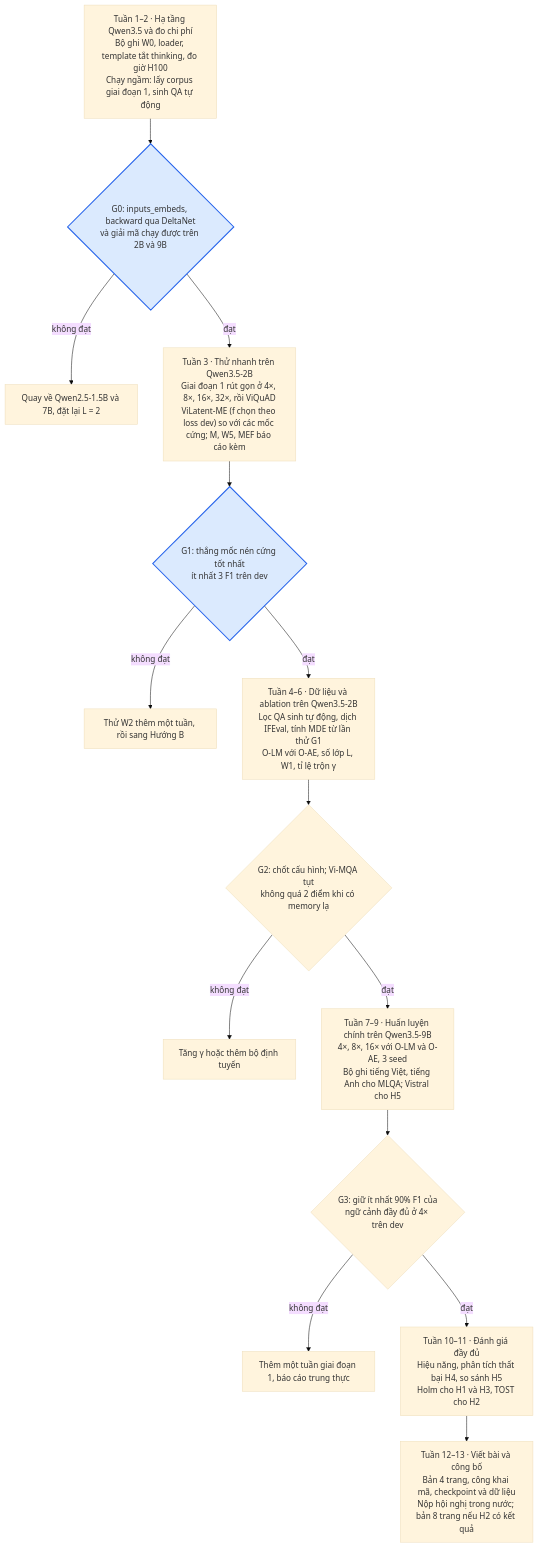
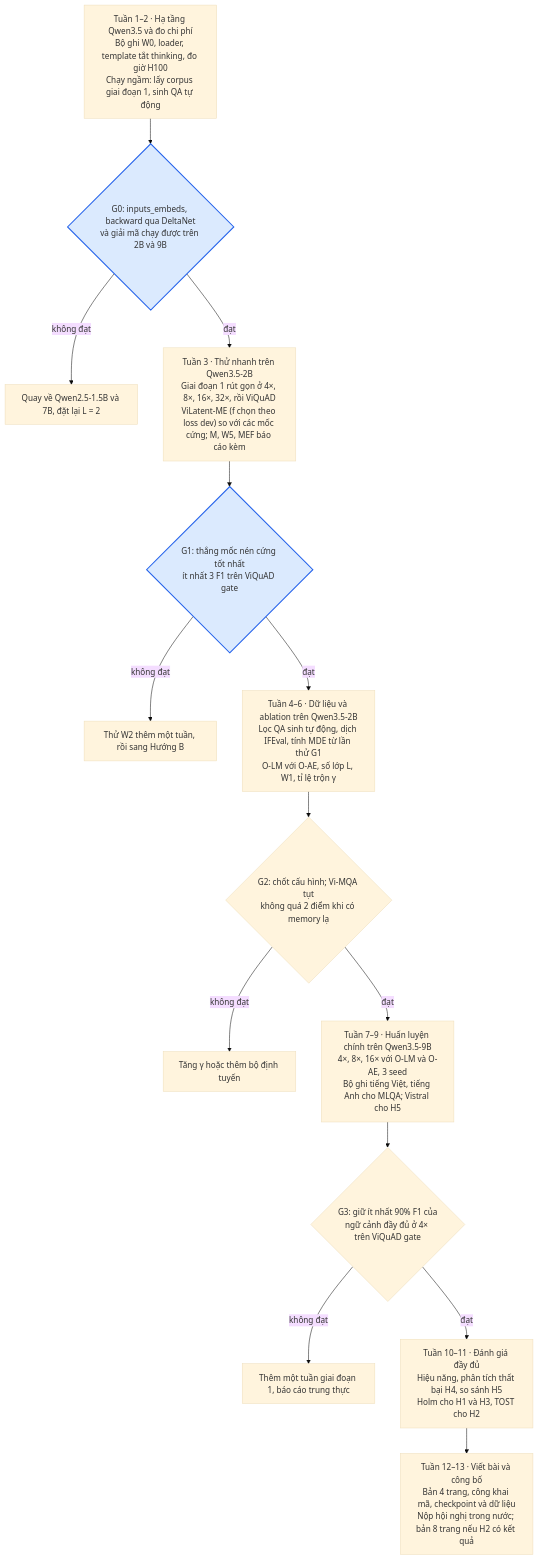
One commit to thanthienhai/VILATENT changed the second of 2 diagrams in docs/VILATENT.md. Above: the diagram before and after it, drawn with Mermaid (base theme). The commit also changed other lines of this file and 41 other files, not shown here.

````diff
--- a/docs/VILATENT.md
+++ b/docs/VILATENT.md
@@ -323,32 +345,32 @@
 ```mermaid
 flowchart TD
   P0["Tuần 1–2 · Hạ tầng Qwen3.5 và đo chi phí<br/>Bộ ghi W0, loader, template tắt thinking, đo giờ H100<br/>Chạy ngầm: lấy corpus giai đoạn 1, sinh QA tự động"]
   G0{"G0: inputs_embeds, backward qua DeltaNet<br/>và giải mã chạy được trên 2B và 9B"}
   F0["Quay về Qwen2.5-1.5B và 7B, đặt lại L = 2"]
   P1["Tuần 3 · Thử nhanh trên Qwen3.5-2B<br/>Giai đoạn 1 rút gọn ở 4×, 8×, 16×, 32×, rồi ViQuAD<br/>ViLatent-ME (f chọn theo loss dev) so với các mốc cứng; M, W5, MEF báo cáo kèm"]
-  G1{"G1: thắng mốc nén cứng tốt nhất<br/>ít nhất 3 F1 trên dev"}
+  G1{"G1: thắng mốc nén cứng tốt nhất<br/>ít nhất 3 F1 trên ViQuAD gate"}
   F1["Thử W2 thêm một tuần, rồi sang Hướng B"]
   P2["Tuần 4–6 · Dữ liệu và ablation trên Qwen3.5-2B<br/>Lọc QA sinh tự động, dịch IFEval, tính MDE từ lần thử G1<br/>O-LM với O-AE, số lớp L, W1, tỉ lệ trộn γ"]
   G2{"G2: chốt cấu hình; Vi-MQA tụt<br/>không quá 2 điểm khi có memory lạ"}
   F2["Tăng γ hoặc thêm bộ định tuyến"]
   P3["Tuần 7–9 · Huấn luyện chính trên Qwen3.5-9B<br/>4×, 8×, 16× với O-LM và O-AE, 3 seed<br/>Bộ ghi tiếng Việt, tiếng Anh cho MLQA; Vistral cho H5"]
-  G3{"G3: giữ ít nhất 90% F1 của<br/>ngữ cảnh đầy đủ ở 4× trên dev"}
+  G3{"G3: giữ ít nhất 90% F1 của<br/>ngữ cảnh đầy đủ ở 4× trên ViQuAD gate"}
   F3["Thêm một tuần giai đoạn 1, báo cáo trung thực"]
   P4["Tuần 10–11 · Đánh giá đầy đủ<br/>Hiệu năng, phân tích thất bại H4, so sánh H5<br/>Holm cho H1 và H3, TOST cho H2"]
   P5["Tuần 12–13 · Viết bài và công bố<br/>Bản 4 trang, công khai mã, checkpoint và dữ liệu<br/>Nộp hội nghị trong nước; bản 8 trang nếu H2 có kết quả"]
   P0 --> G0
   G0 -- "đạt" --> P1
   G0 -- "không đạt" --> F0
   P1 --> G1
   G1 -- "đạt" --> P2
   G1 -- "không đạt" --> F1
   P2 --> G2
   G2 -- "đạt" --> P3
   G2 -- "không đạt" --> F2
   P3 --> G3
   G3 -- "đạt" --> P4
   G3 -- "không đạt" --> F3
   P4 --> P5
   classDef key fill:#dbeafe,stroke:#2563eb,stroke-width:2px
   class G0,G1 key
 ```
````
